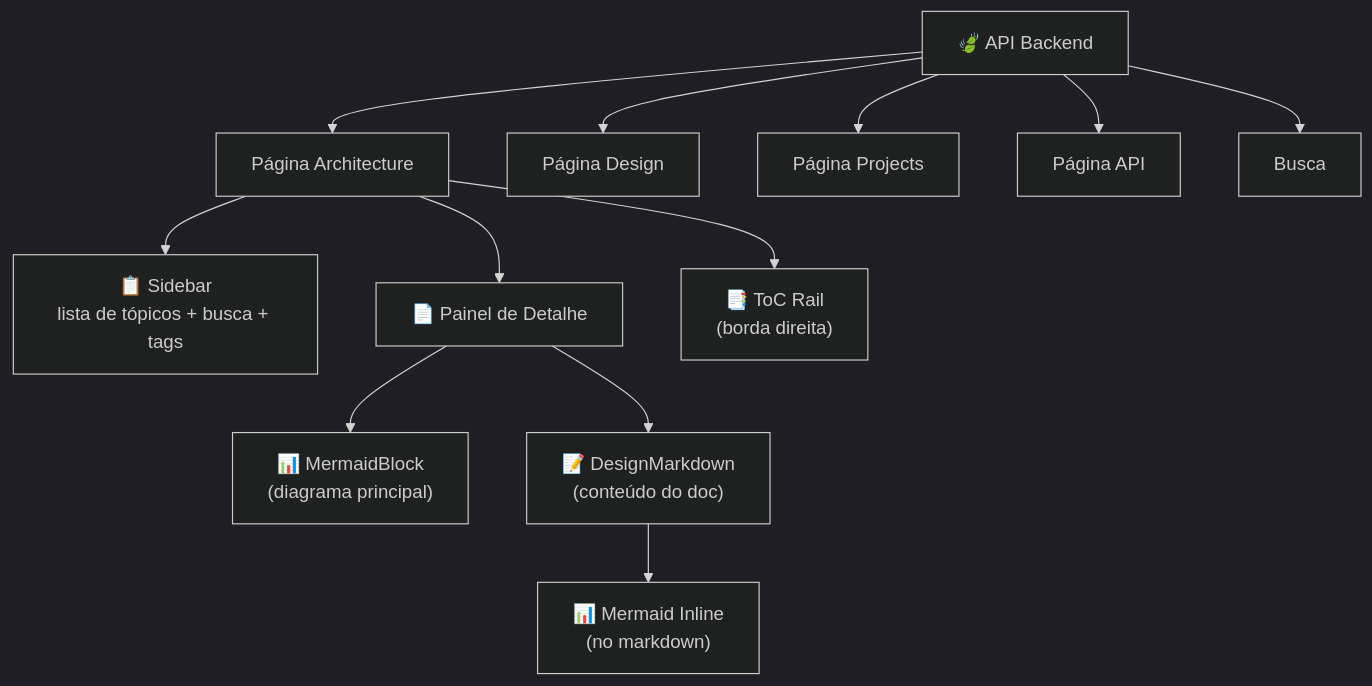
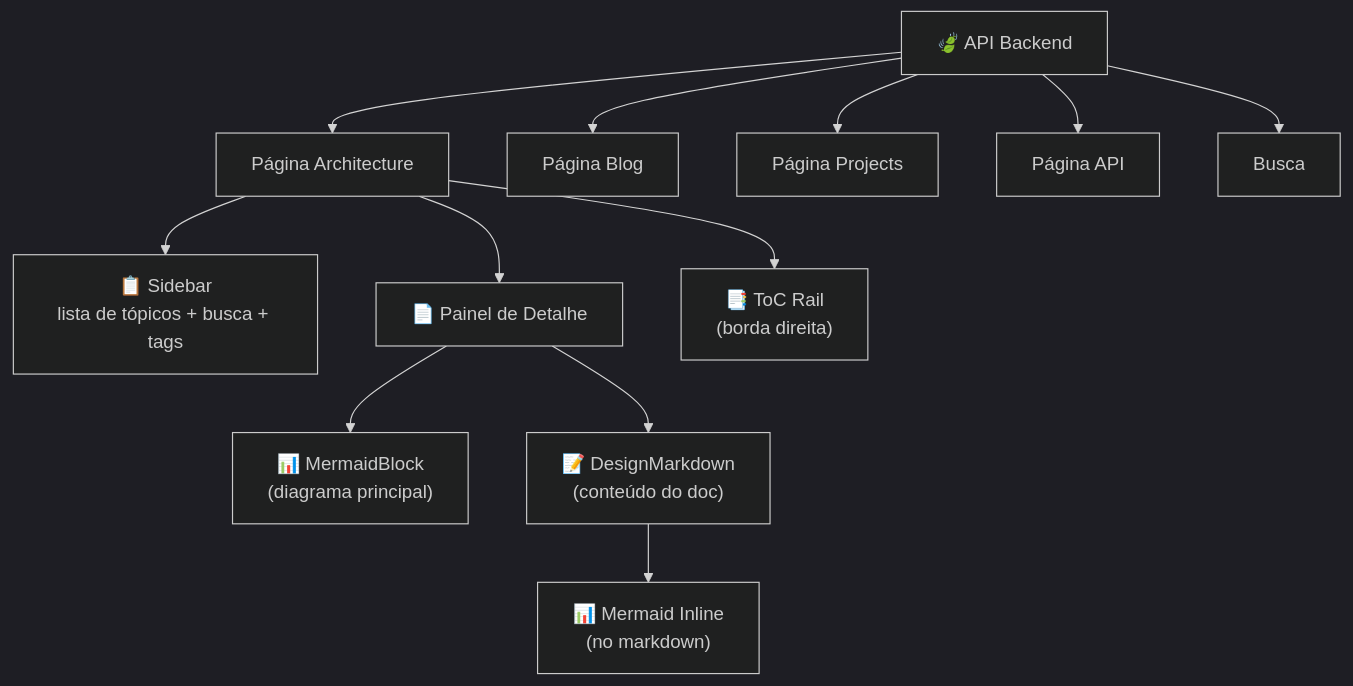
One commit to AndDev741/Beyou-docs-ui changed the sixth of 6 diagrams in architecture/docs-system/pt.md. Above: the diagram before and after it, drawn with Mermaid (dark theme). The commit also changed other lines of this file and 12 other files, not shown here.

Commit message:
feat: rename design to blog, add first blog post (building-auth-system)

````diff
--- a/architecture/docs-system/pt.md
+++ b/architecture/docs-system/pt.md
@@ -259,16 +259,16 @@
 ```mermaid
 flowchart TD
   API["🍃 API Backend"]
   API --> ARCH["Página Architecture"]
-  API --> DES["Página Design"]
+  API --> DES["Página Blog"]
   API --> PROJ["Página Projects"]
   API --> APIP["Página API"]
   API --> SRCH["Busca"]
 
   ARCH --> SB["📋 Sidebar<br/>lista de tópicos + busca + tags"]
   ARCH --> DET["📄 Painel de Detalhe"]
   DET --> MB["📊 MermaidBlock<br/>(diagrama principal)"]
   DET --> DM["📝 DesignMarkdown<br/>(conteúdo do doc)"]
   DM --> IMD["📊 Mermaid Inline<br/>(no markdown)"]
   ARCH --> TOC["📑 ToC Rail<br/>(borda direita)"]
 ```
````
